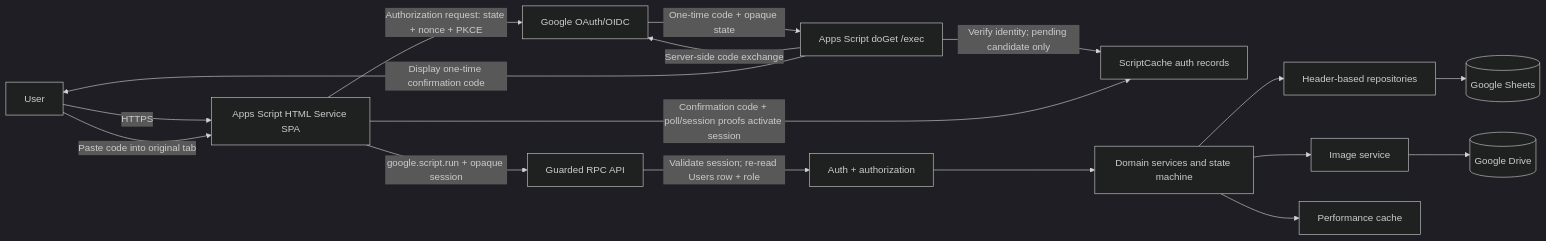
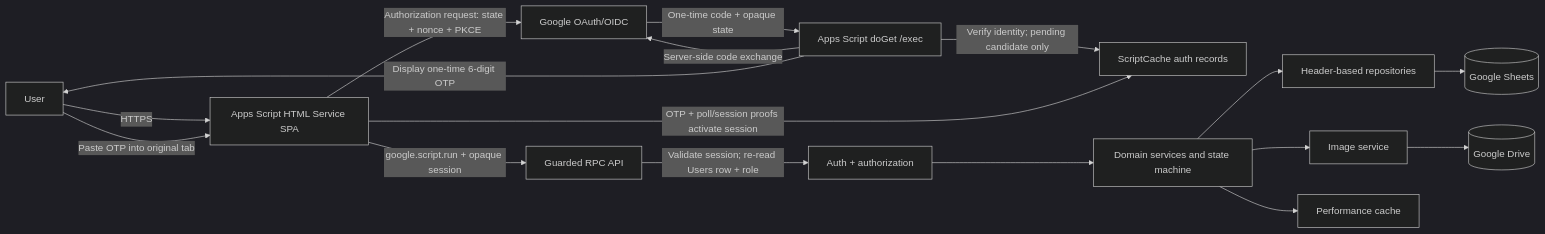
The diagram in docs/ARCHITECTURE.md (v4r1n/crschaoyuem), drawn with Mermaid (dark theme) before and after one commit. The commit also changed other lines of this file and 28 other files, not shown here.

````diff
--- a/docs/ARCHITECTURE.md
+++ b/docs/ARCHITECTURE.md
@@ -9,19 +9,19 @@
 ```mermaid
 flowchart LR
   U -->|HTTPS| H[Apps Script HTML Service SPA]
   H -->|Authorization request: state + nonce + PKCE| G[Google OAuth/OIDC]
   G -->|One-time code + opaque state| C[Apps Script doGet /exec]
   C -->|Server-side code exchange| G
   C -->|Verify identity; pending candidate only| K[ScriptCache auth records]
-  C -->|Display one-time confirmation code| U[User]
-  U -->|Paste code into original tab| H
-  H -->|Confirmation code + poll/session proofs activate session| K
+  C -->|Display one-time 6-digit OTP| U[User]
+  U -->|Paste OTP into original tab| H
+  H -->|OTP + poll/session proofs activate session| K
   H -->|google.script.run + opaque session| A[Guarded RPC API]
   A -->|Validate session; re-read Users row + role| V[Auth + authorization]
   V --> S[Domain services and state machine]
   S --> R[Header-based repositories]
   R --> DB[(Google Sheets)]
   S --> F[Image service]
   F --> D[(Google Drive)]
   S --> PC[Performance cache]
 ```
````
